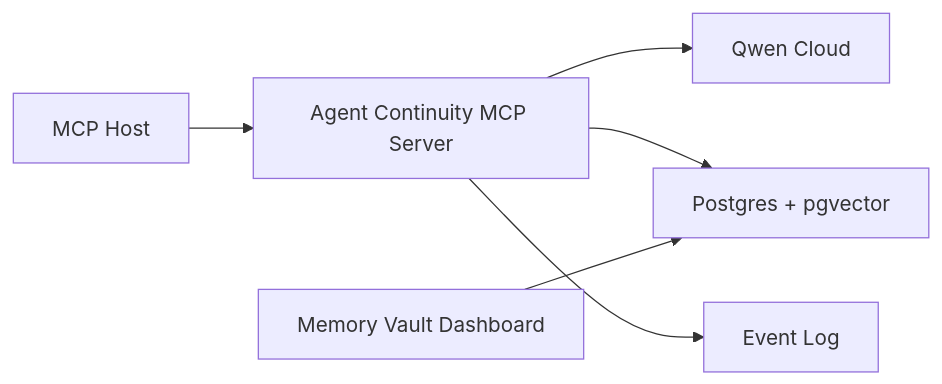
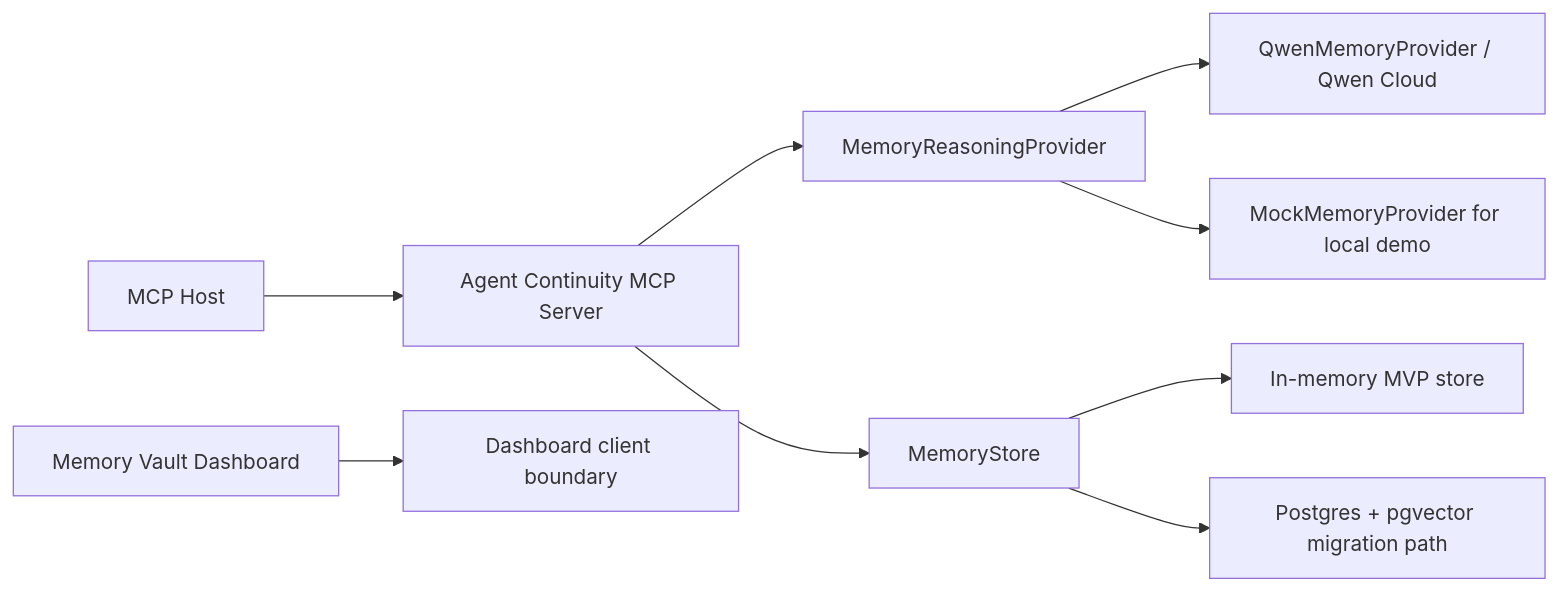
Before and after one commit to jensonChow/handoffbase: the diagram in README.md, drawn with Mermaid. The commit also changed other lines of this file and 69 other files, not shown here.

````diff
--- a/README.md
+++ b/README.md
@@ -135,8 +185,11 @@
 ```mermaid
 flowchart LR
   Host["MCP Host"] --> Server["Agent Continuity MCP Server"]
-  Server --> Qwen["Qwen Cloud"]
-  Server --> DB["Postgres + pgvector"]
-  Server --> Log["Event Log"]
-  Dashboard["Memory Vault Dashboard"] --> DB
+  Server --> Provider["MemoryReasoningProvider"]
+  Provider --> Qwen["QwenMemoryProvider / Qwen Cloud"]
+  Provider --> Mock["MockMemoryProvider for local demo"]
+  Server --> Store["MemoryStore"]
+  Store --> Local["In-memory MVP store"]
+  Store --> DB["Postgres + pgvector migration path"]
+  Dashboard["Memory Vault Dashboard"] --> API["Dashboard client boundary"]
 ```
````
